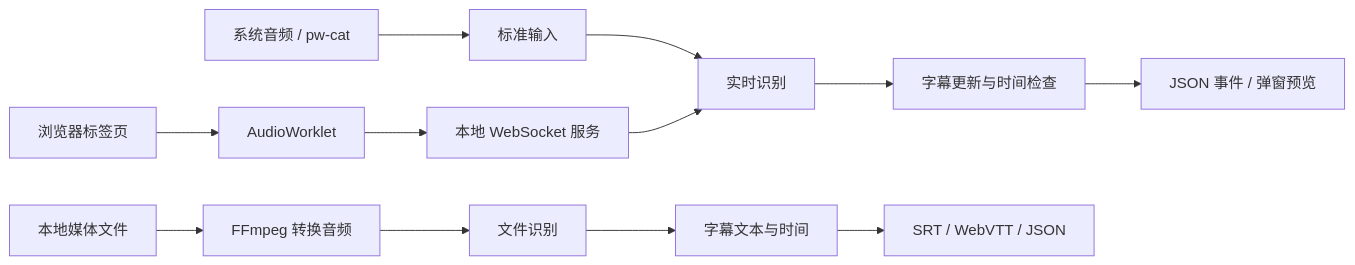
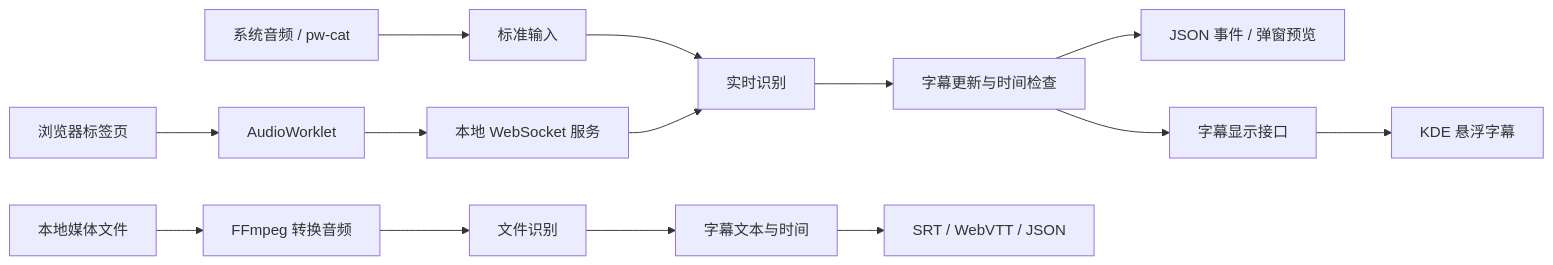
One commit to AkiraLyu/substream changed the diagram in docs/architecture.md. Above: the diagram before and after it, drawn with Mermaid. The commit also changed other lines of this file and 25 other files, not shown here.

````diff
--- a/docs/architecture.md
+++ b/docs/architecture.md
@@ -20,14 +21,16 @@
 ```mermaid
 flowchart LR
     P[系统音频 / pw-cat] --> R[标准输入]
     B[浏览器标签页] --> W[AudioWorklet]
     W --> N[本地 WebSocket 服务]
     R --> S[实时识别]
     N --> S
     S --> C[字幕更新与时间检查]
     C --> U[JSON 事件 / 弹窗预览]
+    C --> V[字幕显示接口]
+    V --> K[KDE 悬浮字幕]
     F[本地媒体文件] --> D[FFmpeg 转换音频]
     D --> O[文件识别]
     O --> T[字幕文本与时间]
     T --> X[SRT / WebVTT / JSON]
 ```
````
